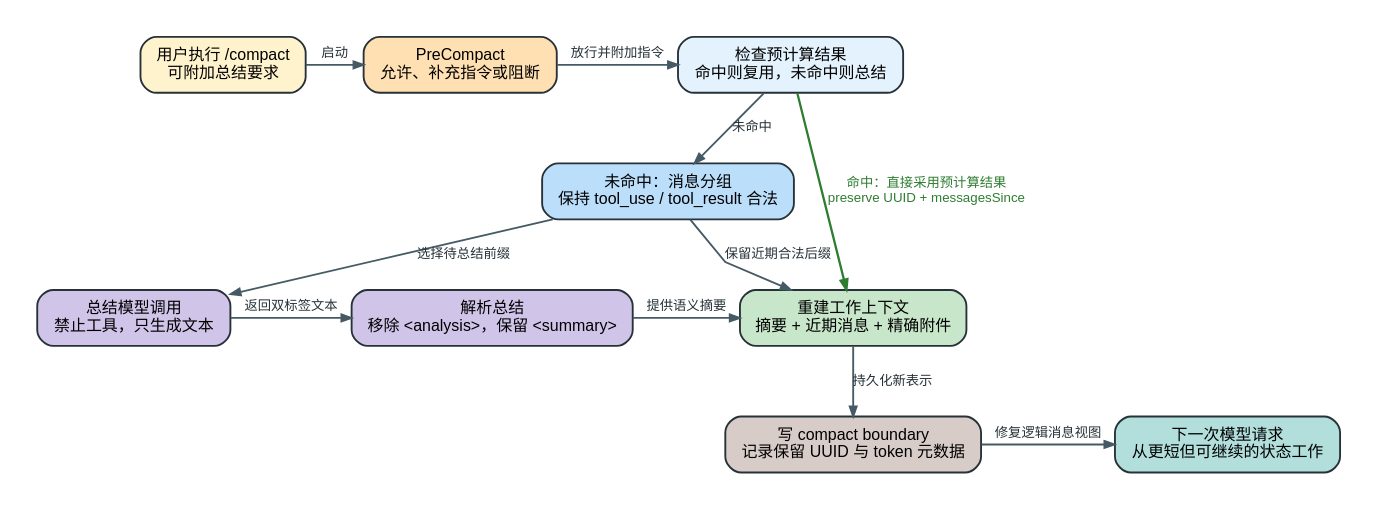
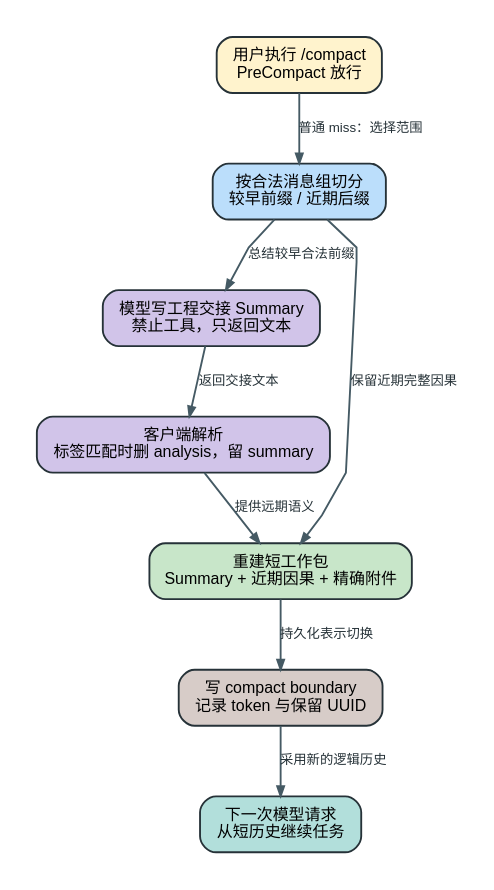
One commit to SwallOwDili/claudecodecli-sourcecode changed the diagram in analysis/visuals/compact-lifecycle.dot. Above: the diagram before and after it, drawn with Graphviz. The commit also changed 8 other files, not shown here.

```diff
--- a/analysis/visuals/compact-lifecycle.dot
+++ b/analysis/visuals/compact-lifecycle.dot
@@ -1,53 +1,43 @@
 digraph compact_lifecycle {
   graph [
     rankdir=TB,
     bgcolor="#ffffff",
     pad="0.28",
-    nodesep="0.30",
+    nodesep="0.34",
     ranksep="0.58",
     splines=polyline,
     fontname="Arial, PingFang SC, Microsoft YaHei"
   ];
   node [
     shape=box,
     style="rounded,filled",
     color="#263238",
     penwidth=1.4,
     margin="0.16,0.11",
     fontname="Arial, PingFang SC, Microsoft YaHei",
     fontsize=12
   ];
   edge [
     color="#455a64",
     penwidth=1.4,
     arrowsize=0.75,
     fontname="Arial, PingFang SC, Microsoft YaHei",
     fontsize=10,
     fontcolor="#263238"
   ];
 
-  trigger [label="用户执行 /compact\n可附加总结要求", fillcolor="#fff3cd"];
-  prehook [label="PreCompact\n允许、补充指令或阻断", fillcolor="#ffe0b2"];
-  mode [label="检查预计算结果\n命中则复用，未命中则总结", fillcolor="#e3f2fd"];
-  groups [label="未命中：消息分组\n保持 tool_use / tool_result 合法", fillcolor="#bbdefb"];
-  summarize [label="总结模型调用\n禁止工具，只生成文本", fillcolor="#d1c4e9"];
-  parse [label="解析总结\n移除 <analysis>，保留 <summary>", fillcolor="#d1c4e9"];
-  rebuild [label="重建工作上下文\n摘要 + 近期消息 + 精确附件", fillcolor="#c8e6c9"];
-  boundary [label="写 compact boundary\n记录保留 UUID 与 token 元数据", fillcolor="#d7ccc8"];
-  next [label="下一次模型请求\n从更短但可继续的状态工作", fillcolor="#b2dfdb"];
-
-  { rank=same; trigger; prehook; mode; }
-  { rank=same; summarize; parse; rebuild; }
-  { rank=same; boundary; next; }
-
-  trigger -> prehook [label="启动"];
-  prehook -> mode [label="放行并附加指令"];
-  mode -> rebuild [label="命中：直接采用预计算结果\npreserve UUID + messagesSince", color="#2e7d32", fontcolor="#2e7d32", penwidth=1.7];
-  mode -> groups [label="未命中"];
-  groups -> summarize [label="选择待总结前缀"];
-  summarize -> parse [label="返回双标签文本"];
-  parse -> rebuild [label="提供语义摘要"];
-  groups -> rebuild [label="保留近期合法后缀"];
-  rebuild -> boundary [label="持久化新表示"];
-  boundary -> next [label="修复逻辑消息视图"];
+  trigger [label="用户执行 /compact\nPreCompact 放行", fillcolor="#fff3cd"];
+  groups [label="按合法消息组切分\n较早前缀 / 近期后缀", fillcolor="#bbdefb"];
+  summarize [label="模型写工程交接 Summary\n禁止工具，只返回文本", fillcolor="#d1c4e9"];
+  parse [label="客户端解析\n标签匹配时删 analysis，留 summary", fillcolor="#d1c4e9"];
+  rebuild [label="重建短工作包\nSummary + 近期因果 + 精确附件", fillcolor="#c8e6c9"];
+  boundary [label="写 compact boundary\n记录 token 与保留 UUID", fillcolor="#d7ccc8"];
+  next [label="下一次模型请求\n从短历史继续任务", fillcolor="#b2dfdb"];
+  trigger -> groups [label="普通 miss：选择范围"];
+  groups -> summarize [label="总结较早合法前缀"];
+  summarize -> parse [label="返回交接文本"];
+  parse -> rebuild [label="提供远期语义"];
+  groups -> rebuild [label="保留近期完整因果"];
+  rebuild -> boundary [label="持久化表示切换"];
+  boundary -> next [label="采用新的逻辑历史"];
 }
```
